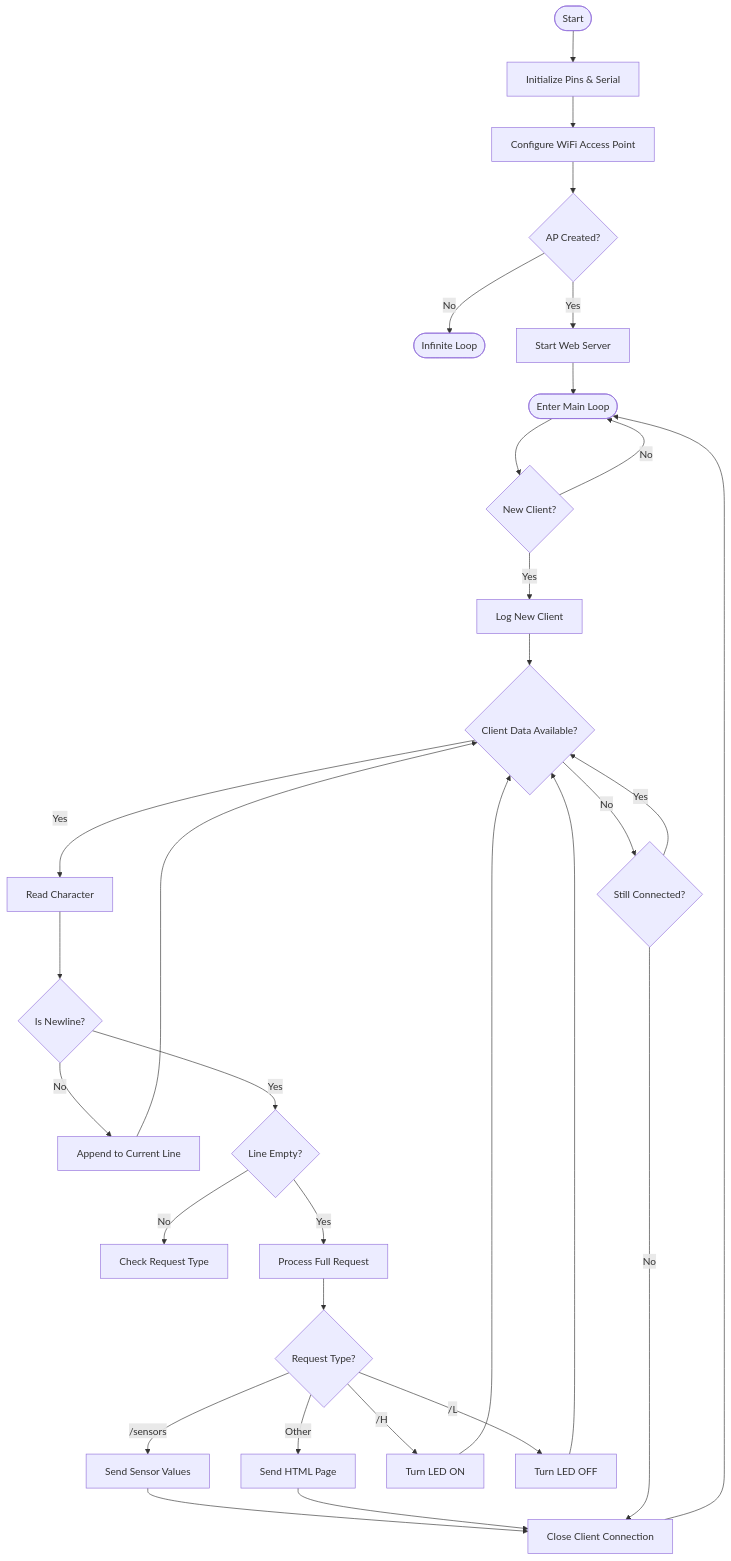
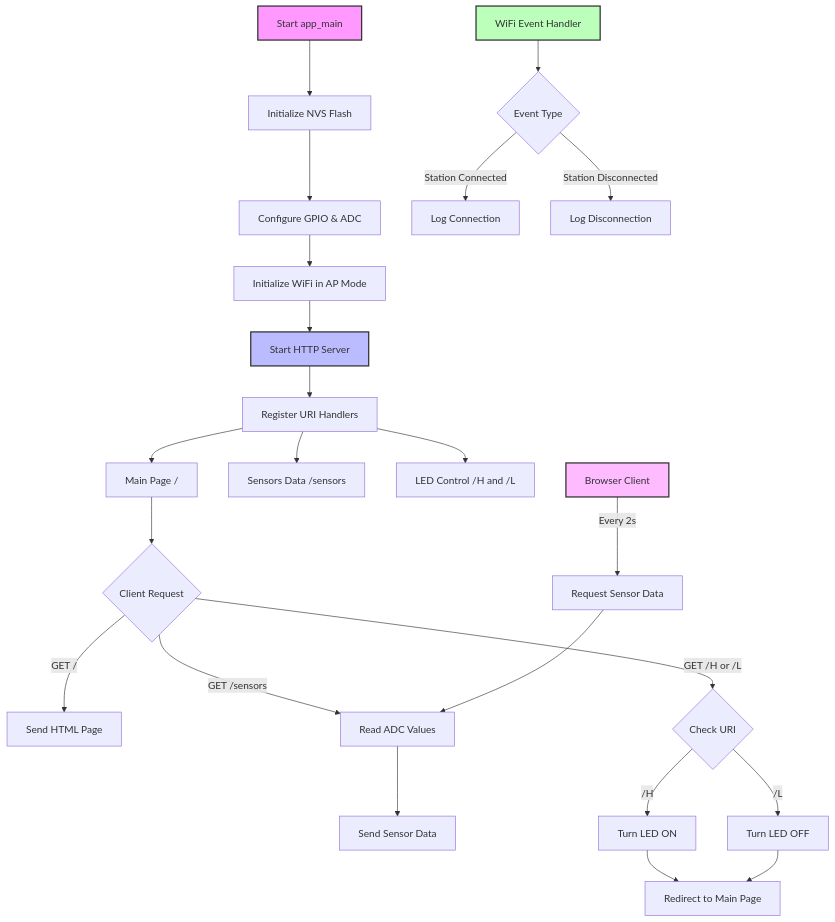
Before and after one commit to ignacio-funes/Alarma_de_Incendios: the diagram in Software/Diagrama de flujo.md, drawn with Mermaid.

Commit message:
Update Diagrama de flujo.md

````diff
--- a/Software/Diagrama de flujo.md
+++ b/Software/Diagrama de flujo.md
@@ -1,41 +1,42 @@
 ```mermaid
 flowchart TD
-    Start([Start]) --> Setup[Initialize Pins & Serial]
-    Setup --> ConfigAP[Configure WiFi Access Point]
-    ConfigAP --> APSuccess{AP Created?}
-    APSuccess -->|No| Halt([Infinite Loop])
-    APSuccess -->|Yes| StartServer[Start Web Server]
-    StartServer --> MainLoop([Enter Main Loop])
+    A[Start app_main] --> B[Initialize NVS Flash]
+    B --> C[Configure GPIO & ADC]
+    C --> D[Initialize WiFi in AP Mode]
     
-    MainLoop --> CheckClient{New Client?}
-    CheckClient -->|No| MainLoop
-    CheckClient -->|Yes| ClientConnected[Log New Client]
+    D --> E[Start HTTP Server]
+    E --> F[Register URI Handlers]
     
-    ClientConnected --> ReadData{Client Data Available?}
-    ReadData -->|No| CheckConnection{Still Connected?}
-    ReadData -->|Yes| ProcessChar[Read Character]
+    %% URI Handlers Registration
+    F --> G[Main Page /]
+    F --> H[Sensors Data /sensors]
+    F --> I[LED Control /H and /L]
     
-    ProcessChar --> IsNewLine{Is Newline?}
-    IsNewLine -->|No| AppendLine[Append to Current Line]
-    IsNewLine -->|Yes| LineEmpty{Line Empty?}
+    %% Main Page Flow
+    G --> J{Client Request}
+    J -->|GET /| K[Send HTML Page]
     
-    LineEmpty -->|No| CheckEndpoints[Check Request Type]
-    LineEmpty -->|Yes| ProcessRequest[Process Full Request]
+    %% Sensor Data Flow
+    J -->|GET /sensors| L[Read ADC Values]
+    L --> M[Send Sensor Data]
     
-    ProcessRequest --> CheckRequestType{Request Type?}
-    CheckRequestType -->|/sensors| SendSensorData[Send Sensor Values]
-    CheckRequestType -->|Other| SendHTML[Send HTML Page]
-    CheckRequestType -->|/H| TurnLEDOn[Turn LED ON]
-    CheckRequestType -->|/L| TurnLEDOff[Turn LED OFF]
+    %% LED Control Flow
+    J -->|GET /H or /L| N{Check URI}
+    N -->|/H| O[Turn LED ON]
+    N -->|/L| P[Turn LED OFF]
+    O & P --> Q[Redirect to Main Page]
     
-    SendSensorData --> CloseClient[Close Client Connection]
-    SendHTML --> CloseClient
-    TurnLEDOn --> ReadData
-    TurnLEDOff --> ReadData
+    %% WiFi Events
+    R[WiFi Event Handler] --> S{Event Type}
+    S -->|Station Connected| T[Log Connection]
+    S -->|Station Disconnected| U[Log Disconnection]
     
-    AppendLine --> ReadData
-    CheckConnection -->|Yes| ReadData
-    CheckConnection -->|No| CloseClient
+    %% Web Client Updates
+    V[Browser Client] -->|Every 2s| W[Request Sensor Data]
+    W --> L
     
-    CloseClient --> MainLoop
+    style A fill:#f9f,stroke:#333,stroke-width:2px
+    style E fill:#bbf,stroke:#333,stroke-width:2px
+    style R fill:#bfb,stroke:#333,stroke-width:2px
+    style V fill:#fbf,stroke:#333,stroke-width:2px
 ```
````
